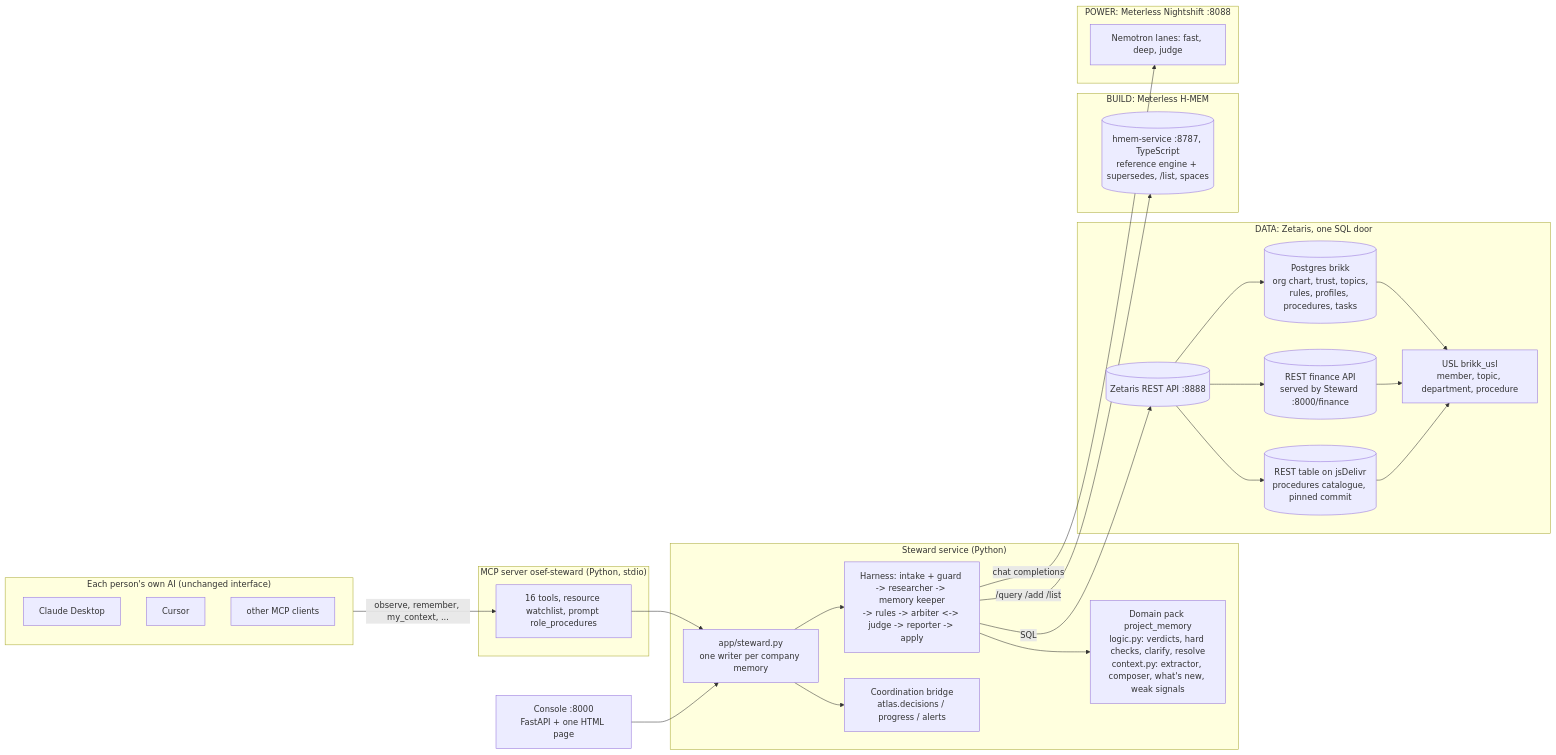
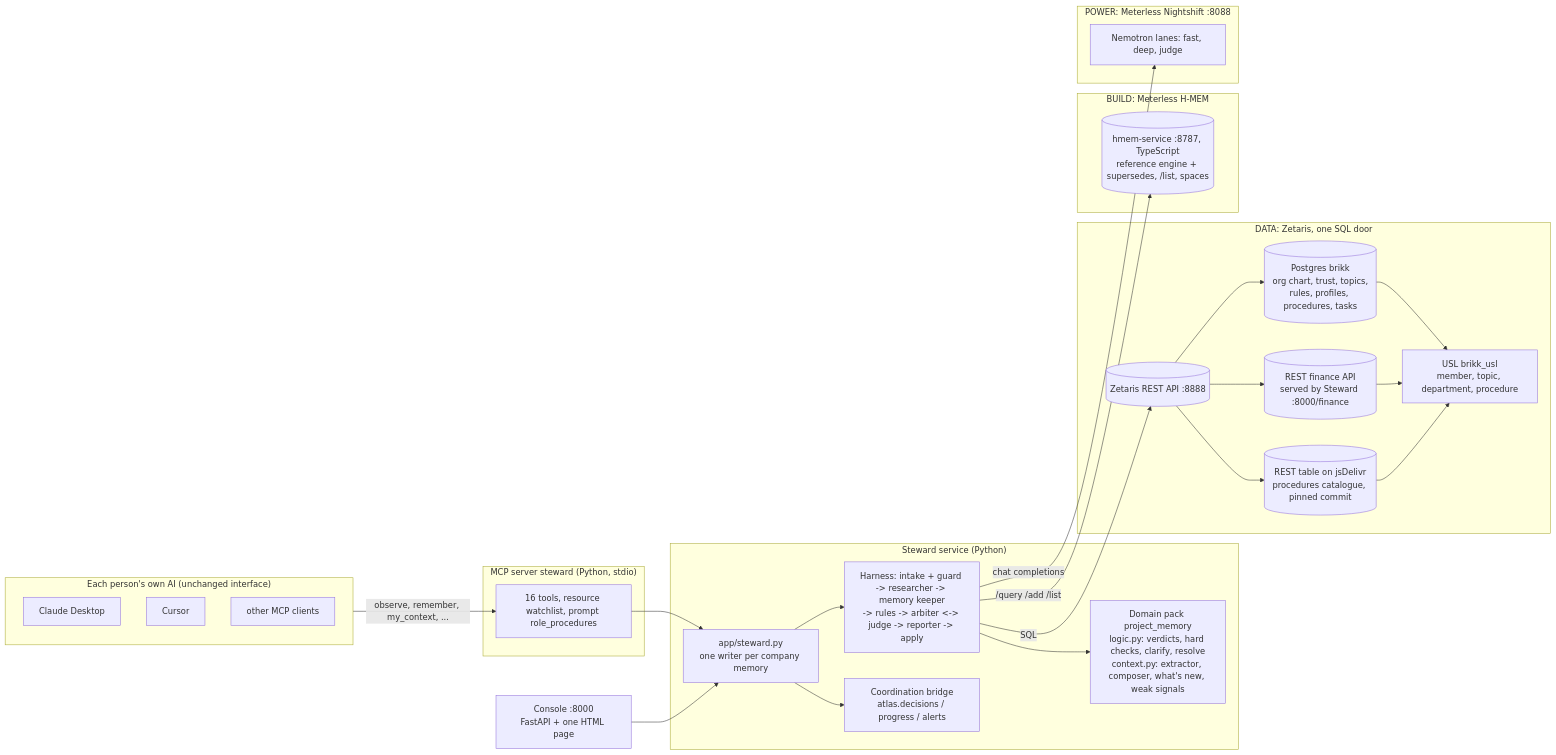
Before and after one commit to abouchet109-del/Hackathon-GenAI-public: the first of 2 diagrams in docs/ARCHITECTURE.md, drawn with Mermaid. The commit also changed other lines of this file and 17 other files, not shown here.

````diff
--- a/docs/ARCHITECTURE.md
+++ b/docs/ARCHITECTURE.md
@@ -17,38 +17,38 @@
 ```mermaid
 flowchart LR
   subgraph Clients["Each person's own AI (unchanged interface)"]
     C1[Claude Desktop] & C2[Cursor] & C3[other MCP clients]
   end
-  subgraph MCP["MCP server osef-steward (Python, stdio)"]
+  subgraph MCP["MCP server steward (Python, stdio)"]
     T[16 tools, resource watchlist, prompt role_procedures]
   end
   subgraph Core["Steward service (Python)"]
     S[app/steward.py<br/>one writer per company memory]
     H[Harness: intake + guard -> researcher -> memory keeper<br/>-> rules -> arbiter <-> judge -> reporter -> apply]
     P[Domain pack project_memory<br/>logic.py: verdicts, hard checks, clarify, resolve<br/>context.py: extractor, composer, what's new, weak signals]
     K[Coordination bridge<br/>atlas.decisions / progress / alerts]
   end
   subgraph Data["DATA: Zetaris, one SQL door"]
     Z[(Zetaris REST API :8888)]
     Z1[(Postgres brikk<br/>org chart, trust, topics,<br/>rules, profiles, procedures, tasks)]
     Z2[(REST finance API<br/>served by Steward :8000/finance)]
     Z3[(REST table on jsDelivr<br/>procedures catalogue, pinned commit)]
     U[USL brikk_usl<br/>member, topic, department, procedure]
   end
   subgraph Memory["BUILD: Meterless H-MEM"]
     M[(hmem-service :8787, TypeScript<br/>reference engine + supersedes, /list, spaces)]
   end
   subgraph Power["POWER: Meterless Nightshift :8088"]
     N[Nemotron lanes: fast, deep, judge]
   end
   W[Console :8000<br/>FastAPI + one HTML page]
   Clients -->|observe, remember, my_context, ...| T --> S
   S --> H --> P
   S --> K
   H -->|SQL| Z
   Z --> Z1 & Z2 & Z3
   Z1 & Z2 & Z3 --> U
   H -->|/query /add /list| M
   H -->|chat completions| N
   W --> S
 ```
````
